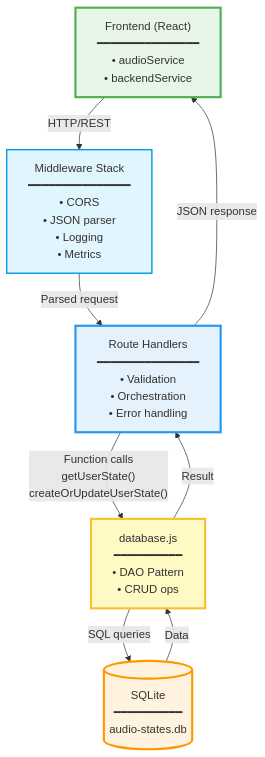
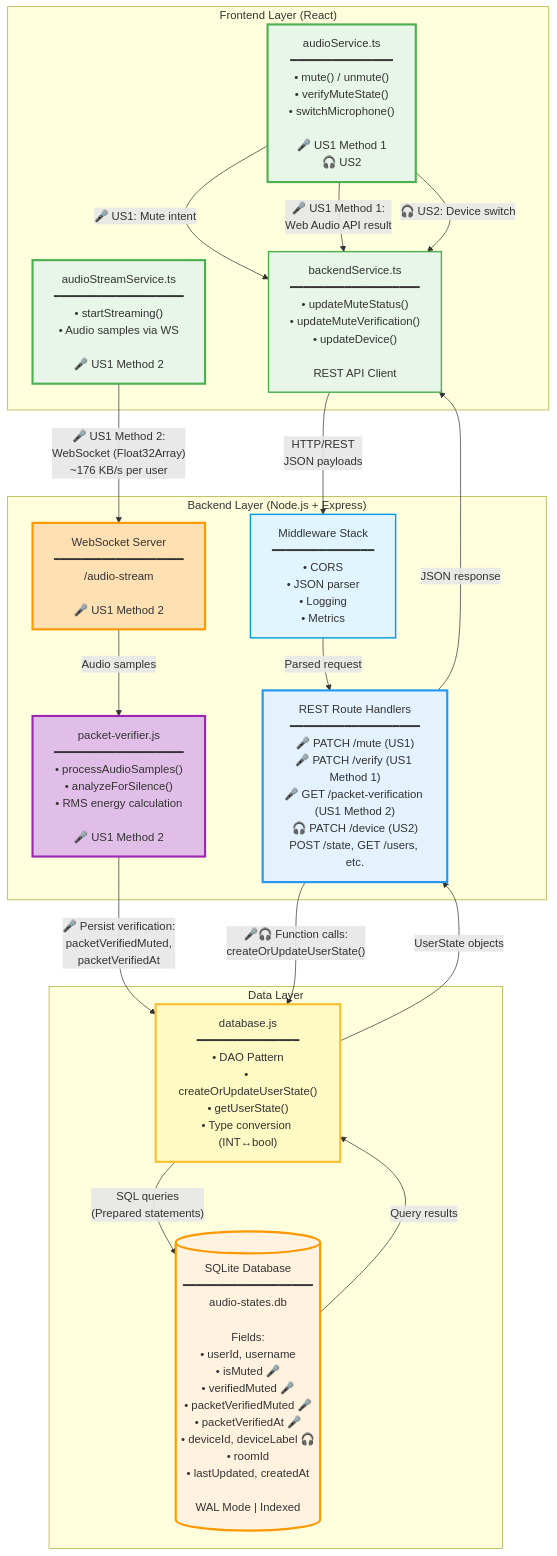
Before and after one commit to arthur900530/team-bug-farmers: the first of 4 diagrams in BACKEND_INTERNAL_ARCHITECTURE.md, drawn with Mermaid. The commit also changed other lines of this file, not shown here.

````diff
--- a/BACKEND_INTERNAL_ARCHITECTURE.md
+++ b/BACKEND_INTERNAL_ARCHITECTURE.md
@@ -71,26 +75,54 @@
 ```mermaid
 graph TB
-    Frontend["Frontend (React)<br/>━━━━━━━━━━━━━━━<br/>• audioService<br/>• backendService"] 
+    subgraph "Frontend Layer (React)"
+        AudioService["audioService.ts<br/>━━━━━━━━━━━━━━━<br/>• mute() / unmute()<br/>• verifyMuteState()<br/>• switchMicrophone()<br/><br/>🎤 US1 Method 1<br/>🎧 US2"]
+        AudioStreamService["audioStreamService.ts<br/>━━━━━━━━━━━━━━━━━━━<br/>• startStreaming()<br/>• Audio samples via WS<br/><br/>🎤 US1 Method 2"]
+        BackendService["backendService.ts<br/>━━━━━━━━━━━━━━━━━━━<br/>• updateMuteStatus()<br/>• updateMuteVerification()<br/>• updateDevice()<br/><br/>REST API Client"]
+    end
     
-    Middleware["Middleware Stack<br/>━━━━━━━━━━━━━━━<br/>• CORS<br/>• JSON parser<br/>• Logging<br/>• Metrics"]
+    subgraph "Backend Layer (Node.js + Express)"
+        Middleware["Middleware Stack<br/>━━━━━━━━━━━━━━━<br/>• CORS<br/>• JSON parser<br/>• Logging<br/>• Metrics"]
+        
+        RestRoutes["REST Route Handlers<br/>━━━━━━━━━━━━━━━━━━━<br/>🎤 PATCH /mute (US1)<br/>🎤 PATCH /verify (US1 Method 1)<br/>🎤 GET /packet-verification (US1 Method 2)<br/>🎧 PATCH /device (US2)<br/>POST /state, GET /users, etc."]
+        
+        WSServer["WebSocket Server<br/>━━━━━━━━━━━━━━━━━━━<br/>/audio-stream<br/><br/>🎤 US1 Method 2"]
+        
+        PacketVerifier["packet-verifier.js<br/>━━━━━━━━━━━━━━━━━━━<br/>• processAudioSamples()<br/>• analyzeForSilence()<br/>• RMS energy calculation<br/><br/>🎤 US1 Method 2"]
+    end
     
-    Routes["Route Handlers<br/>━━━━━━━━━━━━━━━<br/>• Validation<br/>• Orchestration<br/>• Error handling"]
+    subgraph "Data Layer"
+        DatabaseDAO["database.js<br/>━━━━━━━━━━━━━━━<br/>• DAO Pattern<br/>• createOrUpdateUserState()<br/>• getUserState()<br/>• Type conversion (INT↔bool)"]
+        
+        SQLite[("SQLite Database<br/>━━━━━━━━━━━━━━━━━━━<br/>audio-states.db<br/><br/>Fields:<br/>• userId, username<br/>• isMuted 🎤<br/>• verifiedMuted 🎤<br/>• packetVerifiedMuted 🎤<br/>• packetVerifiedAt 🎤<br/>• deviceId, deviceLabel 🎧<br/>• roomId<br/>• lastUpdated, createdAt<br/><br/>WAL Mode | Indexed")]
+    end
     
-    Database["database.js<br/>━━━━━━━━━━<br/>• DAO Pattern<br/>• CRUD ops"]
+    AudioService -->|"🎤 US1: Mute intent"| BackendService
+    AudioService -->|"🎤 US1 Method 1:<br/>Web Audio API result"| BackendService
+    AudioService -->|"🎧 US2: Device switch"| BackendService
     
-    DB[("SQLite<br/>━━━━━━━━━━<br/>audio-states.db")]
+    AudioStreamService -->|"🎤 US1 Method 2:<br/>WebSocket (Float32Array)<br/>~176 KB/s per user"| WSServer
     
-    Frontend -->|"HTTP/REST"| Middleware
-    Middleware -->|"Parsed request"| Routes
-    Routes -->|"Function calls<br/>getUserState()<br/>createOrUpdateUserState()"| Database
-    Database -->|"SQL queries"| DB
-    DB -->|"Data"| Database
-    Database -->|"Result"| Routes
-    Routes -->|"JSON response"| Frontend
+    BackendService -->|"HTTP/REST<br/>JSON payloads"| Middleware
     
-    style Frontend fill:#E8F5E9,stroke:#4CAF50,stroke-width:3px
+    Middleware -->|"Parsed request"| RestRoutes
+    
+    RestRoutes -->|"🎤🎧 Function calls:<br/>createOrUpdateUserState()"| DatabaseDAO
+    
+    WSServer -->|"Audio samples"| PacketVerifier
+    PacketVerifier -->|"🎤 Persist verification:<br/>packetVerifiedMuted,<br/>packetVerifiedAt"| DatabaseDAO
+    
+    DatabaseDAO -->|"SQL queries<br/>(Prepared statements)"| SQLite
+    SQLite -->|"Query results"| DatabaseDAO
+    DatabaseDAO -->|"UserState objects"| RestRoutes
+    RestRoutes -->|"JSON response"| BackendService
+    
+    style AudioService fill:#E8F5E9,stroke:#4CAF50,stroke-width:3px
+    style AudioStreamService fill:#E8F5E9,stroke:#4CAF50,stroke-width:3px
+    style BackendService fill:#E8F5E9,stroke:#4CAF50,stroke-width:2px
     style Middleware fill:#E1F5FE,stroke:#039BE5,stroke-width:2px
-    style Routes fill:#E3F2FD,stroke:#2196F3,stroke-width:3px
-    style Database fill:#FFF9C4,stroke:#FBC02D,stroke-width:3px
-    style DB fill:#FFF3E0,stroke:#FF9800,stroke-width:3px
+    style RestRoutes fill:#E3F2FD,stroke:#2196F3,stroke-width:3px
+    style WSServer fill:#FFE0B2,stroke:#FF9800,stroke-width:3px
+    style PacketVerifier fill:#E1BEE7,stroke:#9C27B0,stroke-width:3px
+    style DatabaseDAO fill:#FFF9C4,stroke:#FBC02D,stroke-width:3px
+    style SQLite fill:#FFF3E0,stroke:#FF9800,stroke-width:3px
 ```
````
